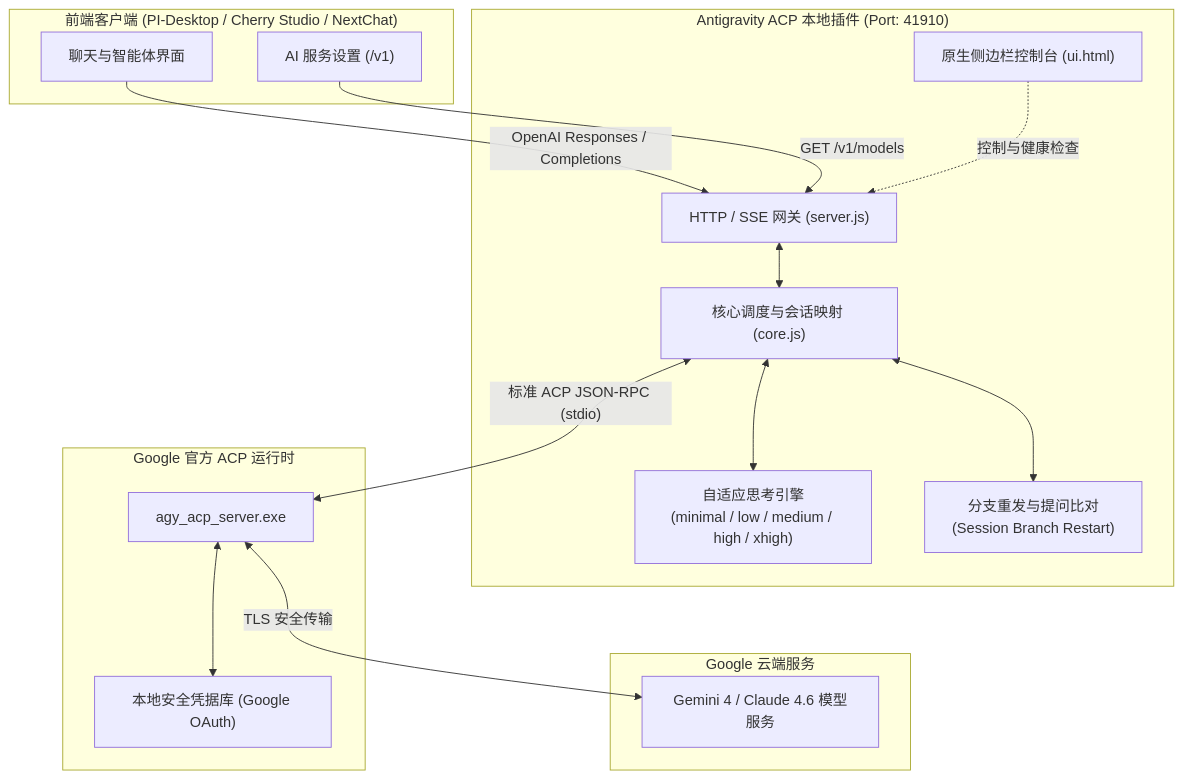
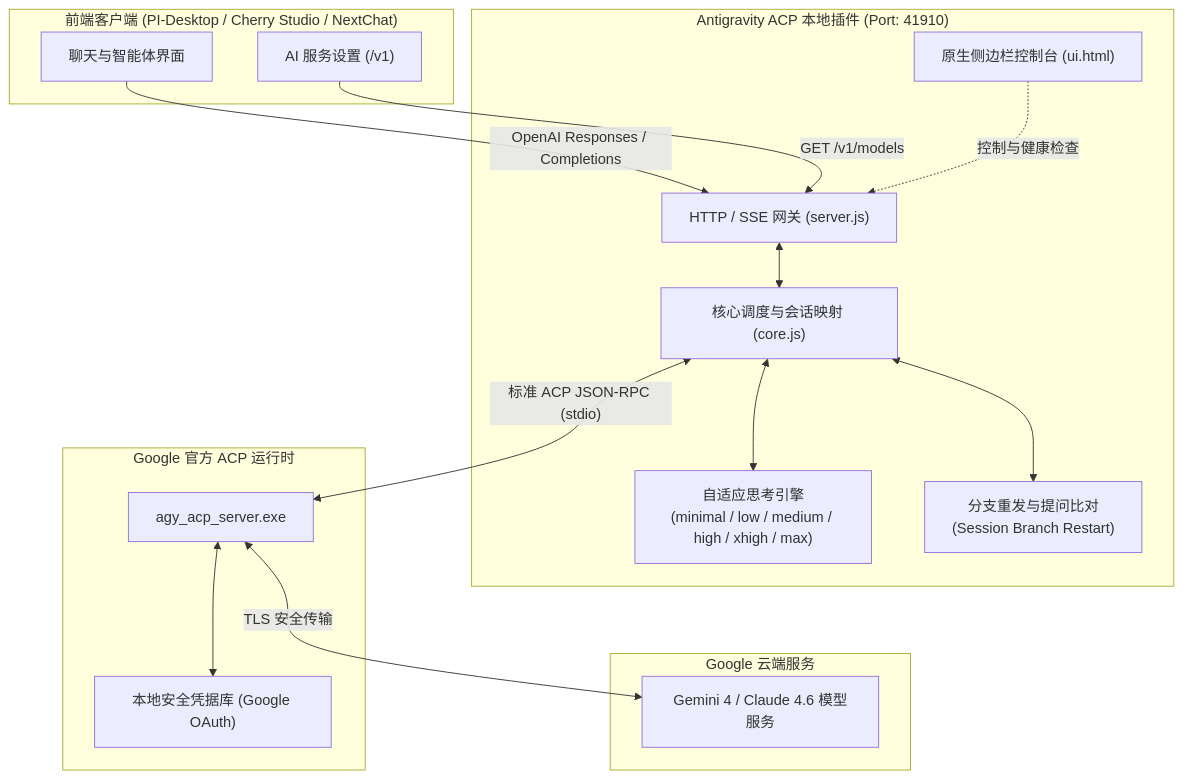
One commit to sedirk/antigravity-acp-pidesktop changed the diagram in README.md. Above: the diagram before and after it, drawn with Mermaid. The commit also changed other lines of this file and 17 other files, not shown here.

````diff
--- a/README.md
+++ b/README.md
@@ -63,36 +63,36 @@
 ```mermaid
 flowchart TD
     subgraph Client["前端客户端 (PI-Desktop / Cherry Studio / NextChat)"]
         UI["聊天与智能体界面"]
         Settings["AI 服务设置 (/v1)"]
     end
 
     subgraph Plugin["Antigravity ACP 本地插件 (Port: 41910)"]
         Server["HTTP / SSE 网关 (server.js)"]
         Core["核心调度与会话映射 (core.js)"]
-        ThinkingEngine["自适应思考引擎<br/>(minimal / low / medium / high / xhigh)"]
+        ThinkingEngine["自适应思考引擎<br/>(minimal / low / medium / high / xhigh / max)"]
         BranchManager["分支重发与提问比对<br/>(Session Branch Restart)"]
         WebUI["原生侧边栏控制台 (ui.html)"]
     end
 
     subgraph Runtime["Google 官方 ACP 运行时"]
         ACP["agy_acp_server.exe"]
         Auth["本地安全凭据库 (Google OAuth)"]
     end
 
     subgraph GoogleCloud["Google 云端服务"]
         GeminiAPI["Gemini 4 / Claude 4.6 模型服务"]
     end
 
     UI -->|"OpenAI Responses / Completions"| Server
     Settings -->|"GET /v1/models"| Server
     WebUI -.->|"控制与健康检查"| Server
 
     Server <--> Core
     Core <--> ThinkingEngine
     Core <--> BranchManager
 
     Core <-->|"标准 ACP JSON-RPC (stdio)"| ACP
     ACP <--> Auth
     ACP <-->|"TLS 安全传输"| GeminiAPI
 ```
````
